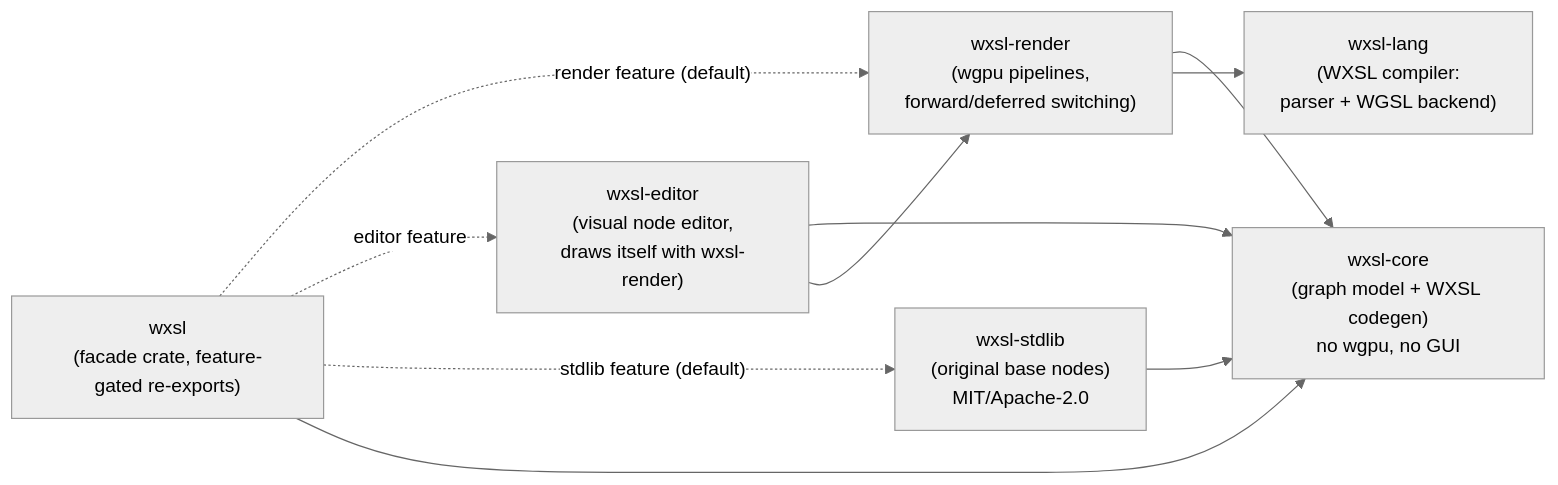
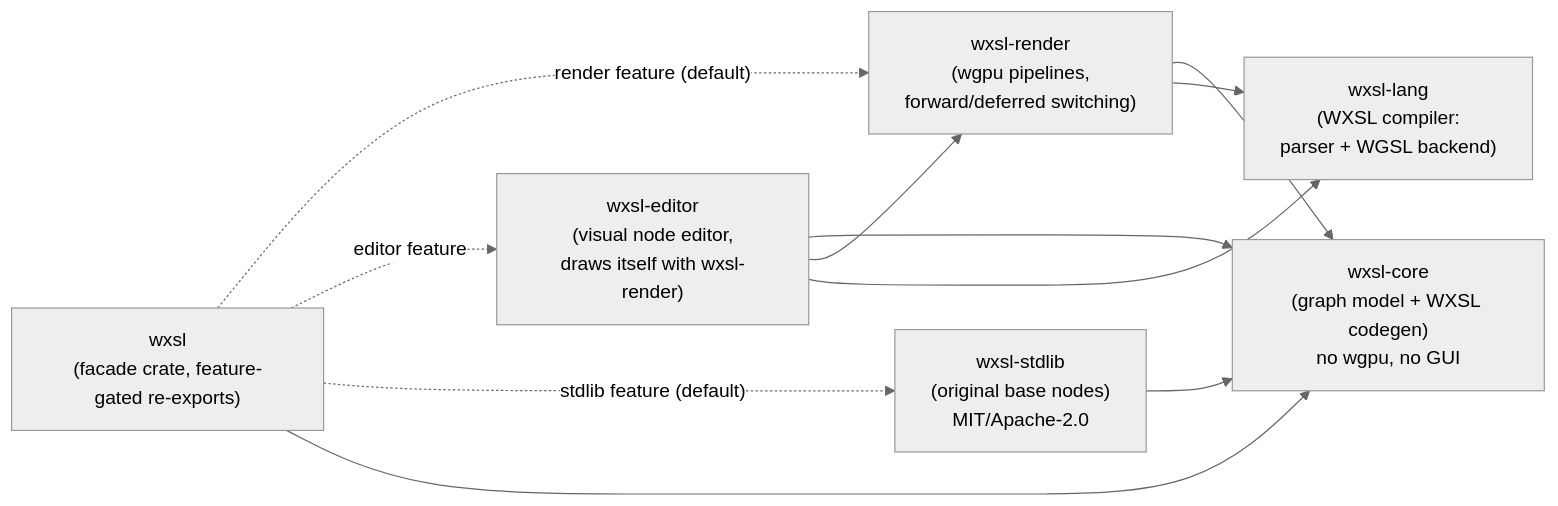
Before and after one commit to lapiequichante/wesloom: the first of 2 diagrams in docs/architecture.md, drawn with Mermaid (neutral theme). The commit also changed other lines of this file and 12 other files, not shown here.

````diff
--- a/docs/architecture.md
+++ b/docs/architecture.md
@@ -20,19 +20,20 @@
 ```mermaid
 graph LR
     core["wxsl-core<br/>(graph model + WXSL codegen)<br/>no wgpu, no GUI"]
     lang["wxsl-lang<br/>(WXSL compiler:<br/>parser + WGSL backend)"]
     render["wxsl-render<br/>(wgpu pipelines,<br/>forward/deferred switching)"]
     editor["wxsl-editor<br/>(visual node editor,<br/>draws itself with wxsl-render)"]
     stdlib["wxsl-stdlib<br/>(original base nodes)<br/>MIT/Apache-2.0"]
     facade["wxsl<br/>(facade crate, feature-gated re-exports)"]
 
     render --> core
     render --> lang
     editor --> core
     editor --> render
+    editor --> lang
     stdlib --> core
     facade -. "render feature (default)" .-> render
     facade -. "editor feature" .-> editor
     facade -. "stdlib feature (default)" .-> stdlib
     facade --> core
 ```
````
